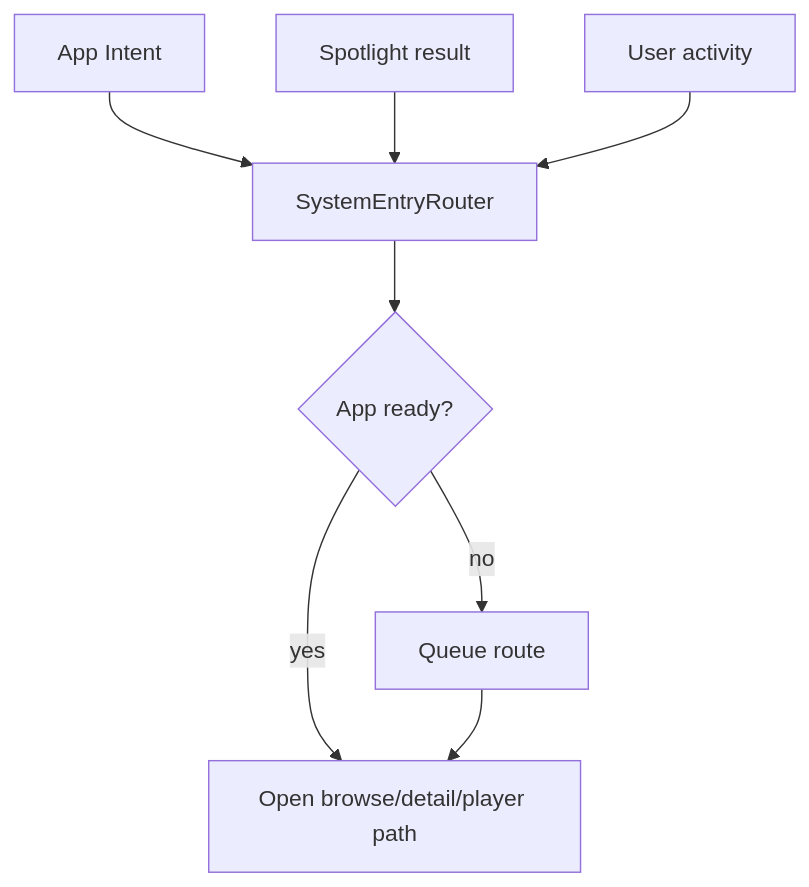
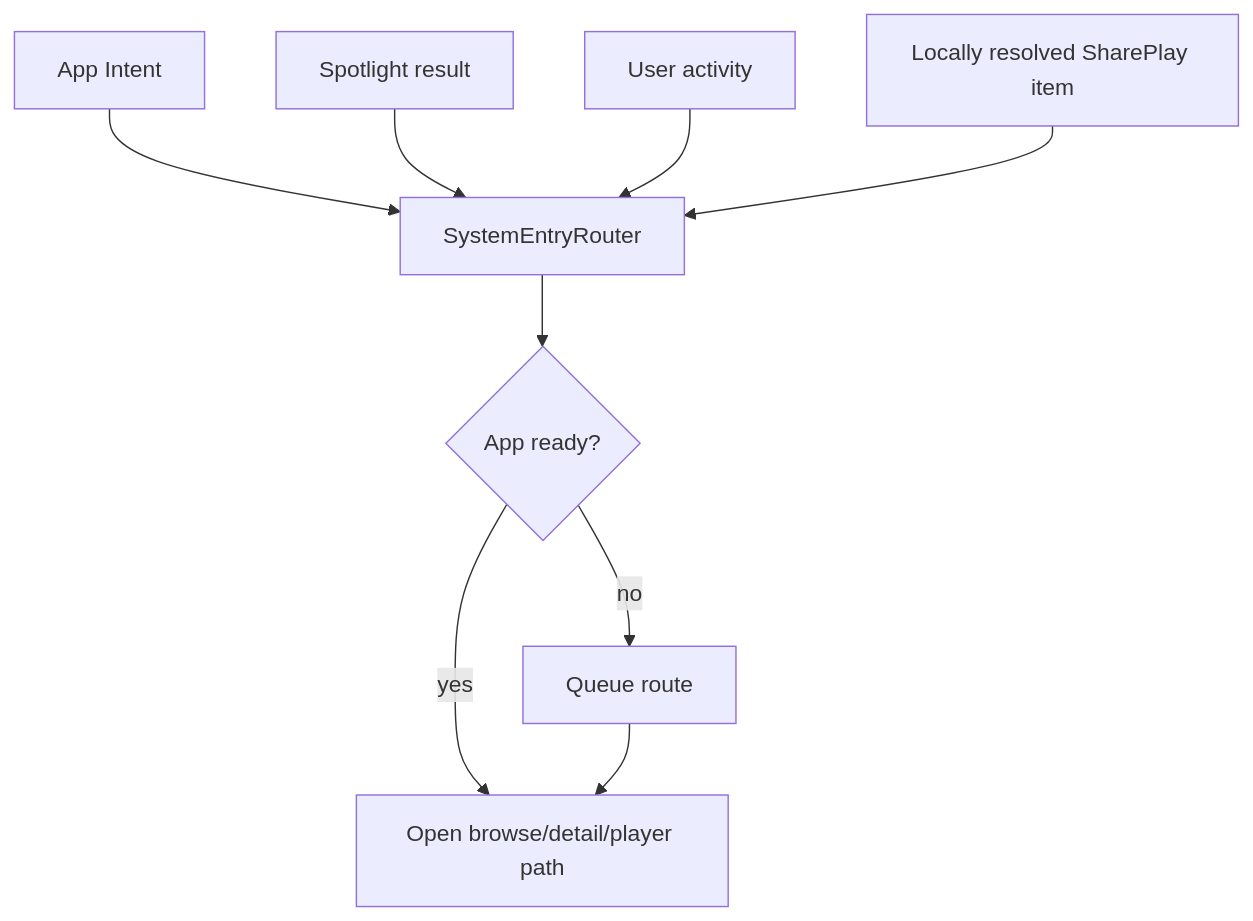
The diagram in docs/SYSTEM-INTEGRATION.md (jlipworth/Labstream), drawn with Mermaid before and after one commit. The commit also changed other lines of this file and 13 other files, not shown here.

````diff
--- a/docs/SYSTEM-INTEGRATION.md
+++ b/docs/SYSTEM-INTEGRATION.md
@@ -8,10 +8,11 @@
 ```mermaid
 flowchart TD
   Intent[App Intent] --> Router[SystemEntryRouter]
   Spotlight[Spotlight result] --> Router
   Activity[User activity] --> Router
+  SharePlay[Locally resolved SharePlay item] --> Router
   Router --> Restore{App ready?}
   Restore -->|no| Queue[Queue route]
   Restore -->|yes| Navigate[Open browse/detail/player path]
   Queue --> Navigate
 ```
````
